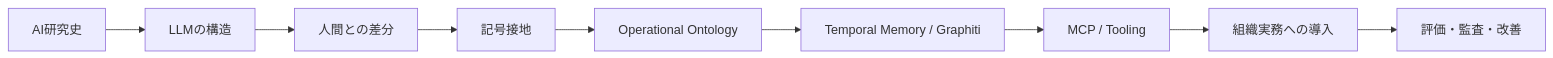
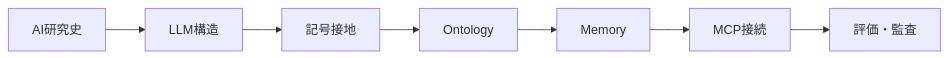
One commit to daylight55/research changed the first of 13 diagrams in src/content/blog/ai-llm-ontology-memory.mdx. Above: the diagram before and after it, drawn with Mermaid. The commit also changed other lines of this file and 20 other files, not shown here.

Commit message:
Mermaid図の表示サイズを調整

````diff
--- a/src/content/blog/ai-llm-ontology-memory.mdx
+++ b/src/content/blog/ai-llm-ontology-memory.mdx
@@ -38,11 +38,9 @@
 ```mermaid
 flowchart LR
-  A["AI研究史"] --> B["LLMの構造"]
-  B --> C["人間との差分"]
-  C --> D["記号接地"]
-  D --> E["Operational Ontology"]
-  E --> F["Temporal Memory / Graphiti"]
-  F --> G["MCP / Tooling"]
-  G --> H["組織実務への導入"]
-  H --> I["評価・監査・改善"]
+  A["AI研究史"] --> B["LLM構造"]
+  B --> C["記号接地"]
+  C --> D["Ontology"]
+  D --> E["Memory"]
+  E --> F["MCP接続"]
+  F --> G["評価・監査"]
 ```
````
